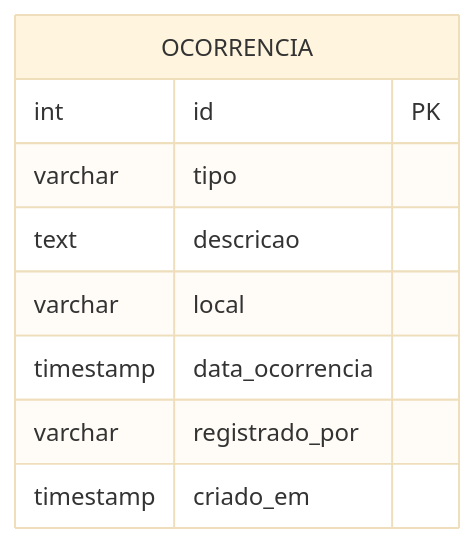
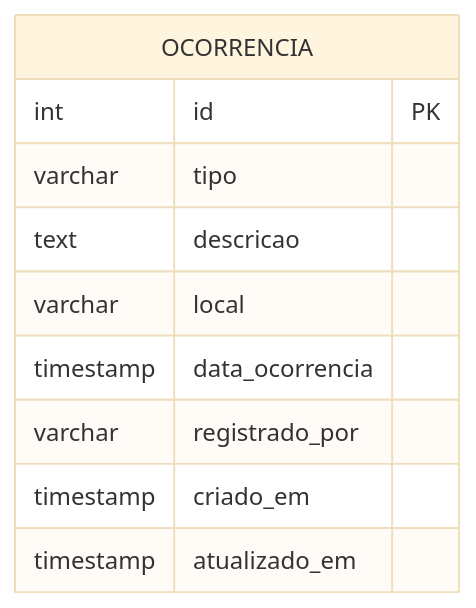
One commit to guilhermeramos0603/alerta-vizinhos changed the diagram in docs/situacao-1/05-banco-de-dados.md. Above: the diagram before and after it, drawn with Mermaid (base theme). The commit also changed other lines of this file and 12 other files, not shown here.

````diff
--- a/docs/situacao-1/05-banco-de-dados.md
+++ b/docs/situacao-1/05-banco-de-dados.md
@@ -9,12 +9,13 @@
 ```mermaid
 erDiagram
     OCORRENCIA {
         int id PK
         varchar tipo
         text descricao
         varchar local
         timestamp data_ocorrencia
         varchar registrado_por
         timestamp criado_em
+        timestamp atualizado_em
     }
 ```
````
